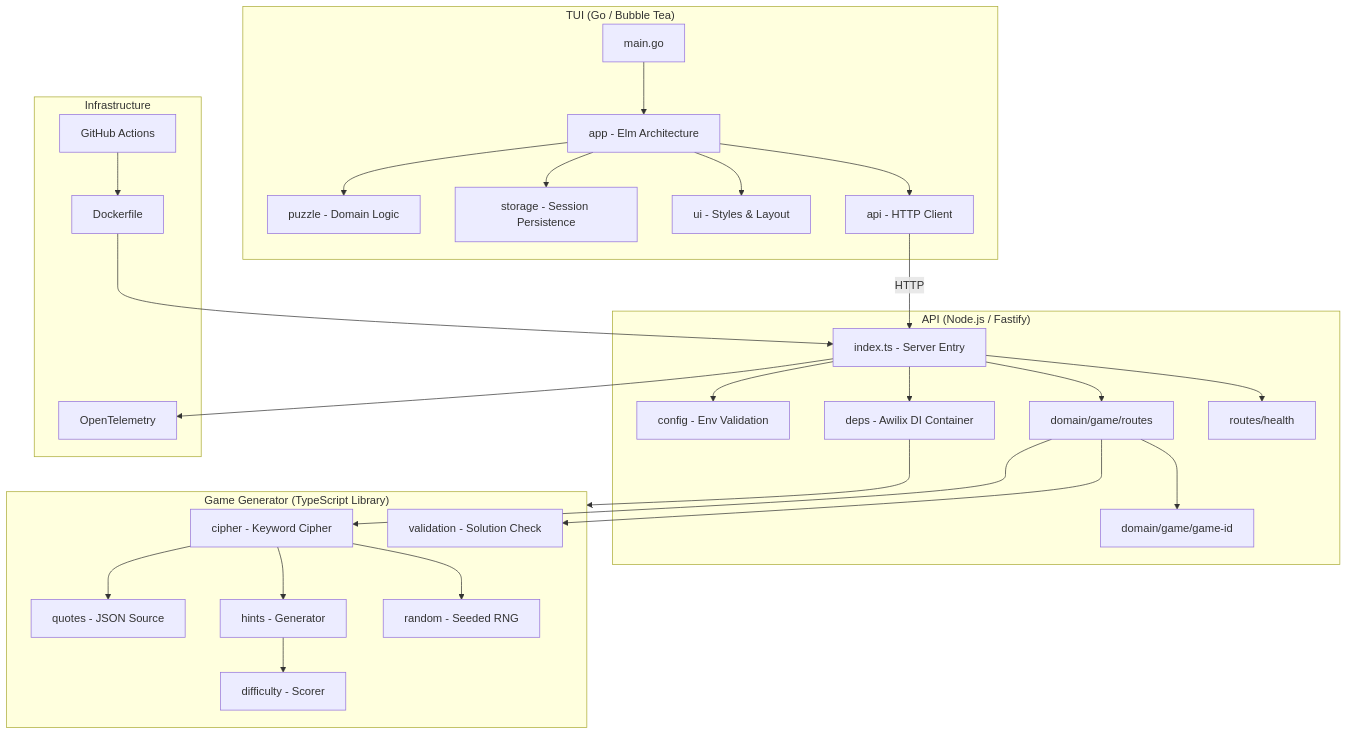
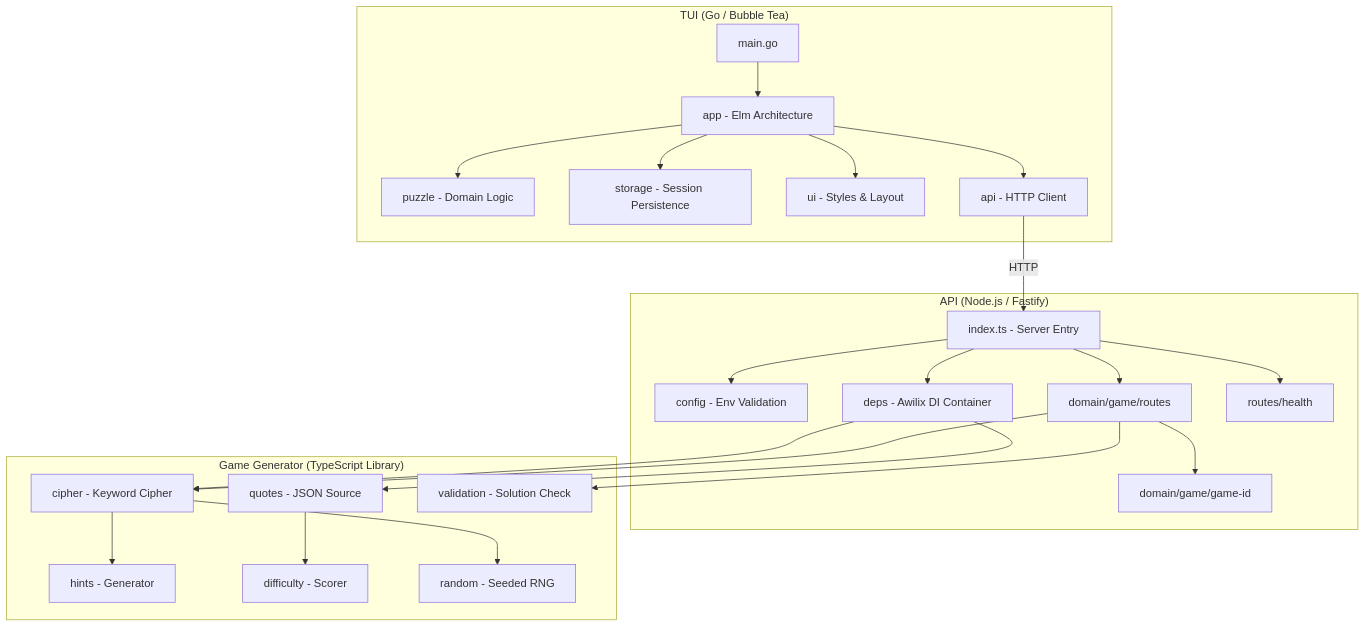
Before and after one commit to bojanrajkovic/unquote: the first of 4 diagrams in docs/CODEBASE_MAP.md, drawn with Mermaid. The commit also changed other lines of this file, not shown here.

First line of the commit message:
docs: fix mermaid diagram rendering on github

````diff
--- a/docs/CODEBASE_MAP.md
+++ b/docs/CODEBASE_MAP.md
@@ -15,60 +15,50 @@
 ```mermaid
 graph TB
     subgraph TUI ["TUI (Go / Bubble Tea)"]
         Main[main.go]
         App[app - Elm Architecture]
         Puzzle[puzzle - Domain Logic]
         Storage[storage - Session Persistence]
         UI[ui - Styles & Layout]
         APIClient[api - HTTP Client]
     end
 
     subgraph API ["API (Node.js / Fastify)"]
         Server[index.ts - Server Entry]
         Config[config - Env Validation]
         DI[deps - Awilix DI Container]
         GameRoutes[domain/game/routes]
         GameID[domain/game/game-id]
         Health[routes/health]
     end
 
     subgraph GameGen ["Game Generator (TypeScript Library)"]
         Cipher[cipher - Keyword Cipher]
         Quotes[quotes - JSON Source]
         Hints[hints - Generator]
         Difficulty[difficulty - Scorer]
         Validation[validation - Solution Check]
         Random[random - Seeded RNG]
     end
 
-    subgraph Infra ["Infrastructure"]
-        Docker[Dockerfile]
-        CICD[GitHub Actions]
-        OTel[OpenTelemetry]
-    end
-
     Main --> App
     App --> APIClient
     App --> Puzzle
     App --> Storage
     App --> UI
     APIClient -->|HTTP| Server
 
     Server --> Config
     Server --> DI
     Server --> GameRoutes
     Server --> Health
-    DI --> GameGen
+    DI --> Cipher
+    DI --> Quotes
 
     GameRoutes --> GameID
     GameRoutes --> Cipher
     GameRoutes --> Validation
     Cipher --> Random
     Cipher --> Hints
-    Cipher --> Quotes
-    Hints --> Difficulty
-
-    Server --> OTel
-    Docker --> Server
-    CICD --> Docker
+    Quotes --> Difficulty
 ```
````
